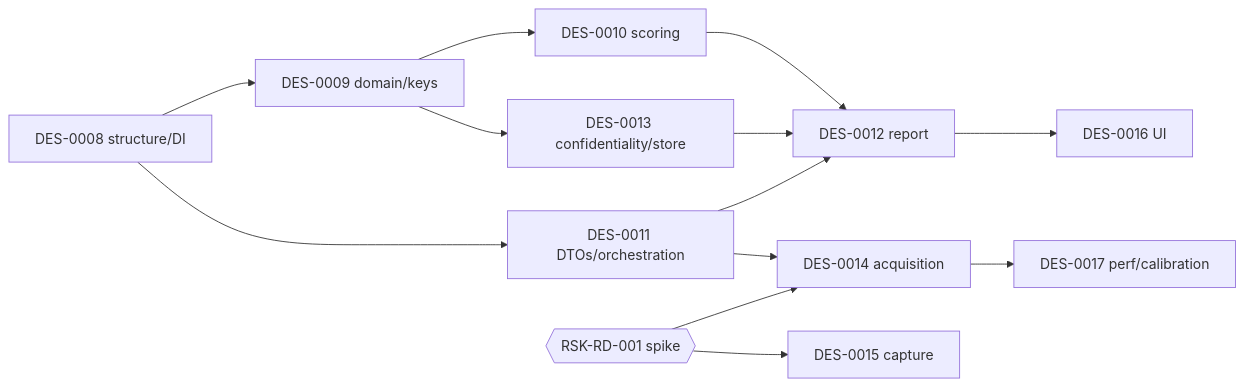
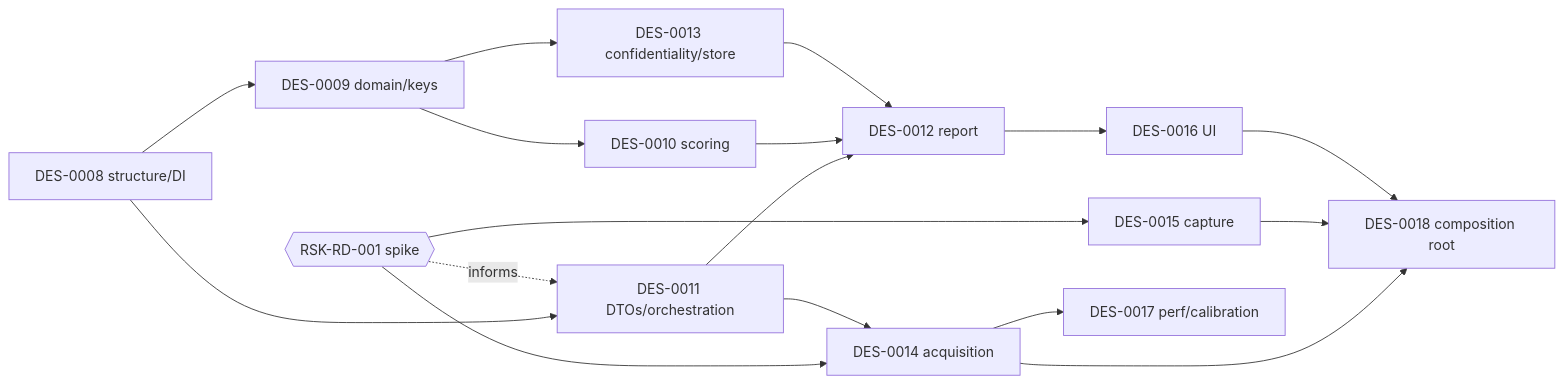
The third of 4 diagrams in knowledge/design/des-0007-detailed-design-execution-strategy.md (urario/Surveyor), drawn with Mermaid before and after one commit. The commit also changed other lines of this file and 3 other files, not shown here.

````diff
--- a/knowledge/design/des-0007-detailed-design-execution-strategy.md
+++ b/knowledge/design/des-0007-detailed-design-execution-strategy.md
@@ -159,15 +160,19 @@
 ```mermaid
 flowchart LR
   D08[DES-0008 structure/DI] --> D09[DES-0009 domain/keys]
   D08 --> D11[DES-0011 DTOs/orchestration]
   D09 --> D10[DES-0010 scoring]
   D09 --> D13[DES-0013 confidentiality/store]
   D11 --> D12[DES-0012 report]
   D10 --> D12
   D13 --> D12
   SPIKE{{RSK-RD-001 spike}} --> D14[DES-0014 acquisition]
   SPIKE --> D15[DES-0015 capture]
+  SPIKE -.informs.-> D11
   D11 --> D14
   D12 --> D16[DES-0016 UI]
   D14 --> D17[DES-0017 perf/calibration]
+  D14 --> D18[DES-0018 composition root]
+  D15 --> D18
+  D16 --> D18
 ```
````
